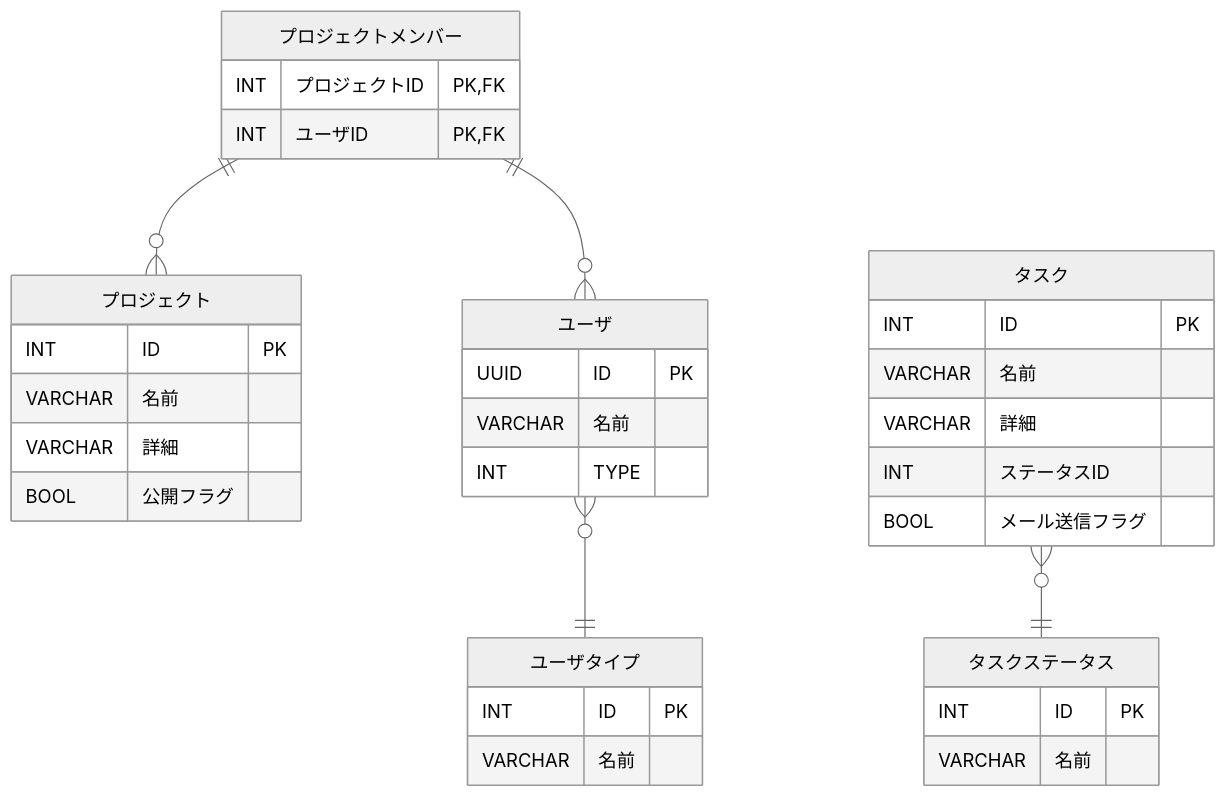
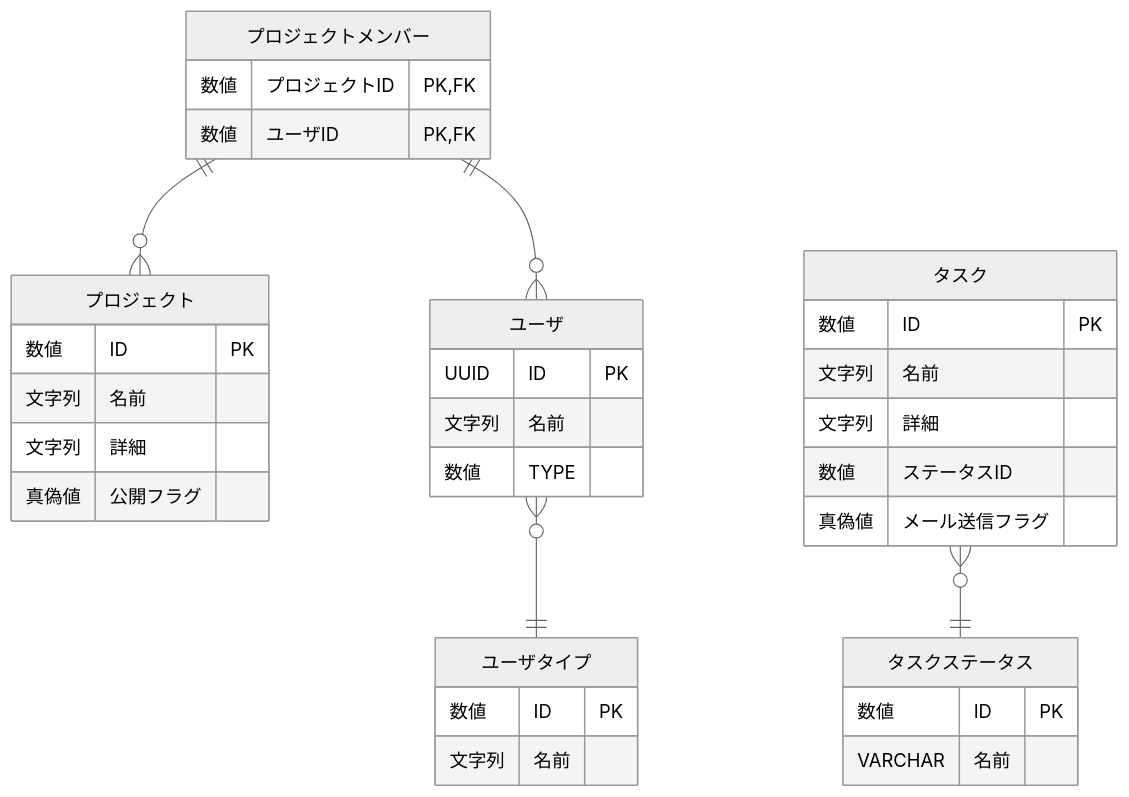
Before and after one commit to shuhei1101/sample-react-app: the second of 4 diagrams in README.md, drawn with Mermaid (neutral theme). The commit also changed other lines of this file and 17 other files, not shown here.

````diff
--- a/README.md
+++ b/README.md
@@ -94,49 +93,49 @@
 ```mermaid
 erDiagram
 Direction BT
   ユーザ {
     UUID ID PK
-    VARCHAR 名前
-    INT TYPE
+    文字列 名前
+    数値 TYPE
   }
 
   ユーザタイプ ||--o{ ユーザ: ""
 
   ユーザタイプ {
-    INT ID PK
-    VARCHAR 名前
+    数値 ID PK
+    文字列 名前
   }
 
   プロジェクト {
-    INT ID PK
-    VARCHAR 名前
-    VARCHAR 詳細
-    BOOL 公開フラグ
+    数値 ID PK
+    文字列 名前
+    文字列 詳細
+    真偽値 公開フラグ
   }
 
   プロジェクト }o--|| プロジェクトメンバー: ""
 
   プロジェクトメンバー {
-    INT プロジェクトID PK, FK
-    INT ユーザID PK, FK
+    数値 プロジェクトID PK, FK
+    数値 ユーザID PK, FK
   }
 
   ユーザ }o--|| プロジェクトメンバー: ""
 
   タスク {
-    INT ID PK
-    VARCHAR 名前
-    VARCHAR 詳細
-    INT ステータスID
-    BOOL メール送信フラグ
+    数値 ID PK
+    文字列 名前
+    文字列 詳細
+    数値 ステータスID
+    真偽値 メール送信フラグ
   }
 
   タスクステータス ||--o{ タスク: ""
 
   タスクステータス {
-    INT ID PK
+    数値 ID PK
     VARCHAR 名前
   }
   
 
 ```
````
